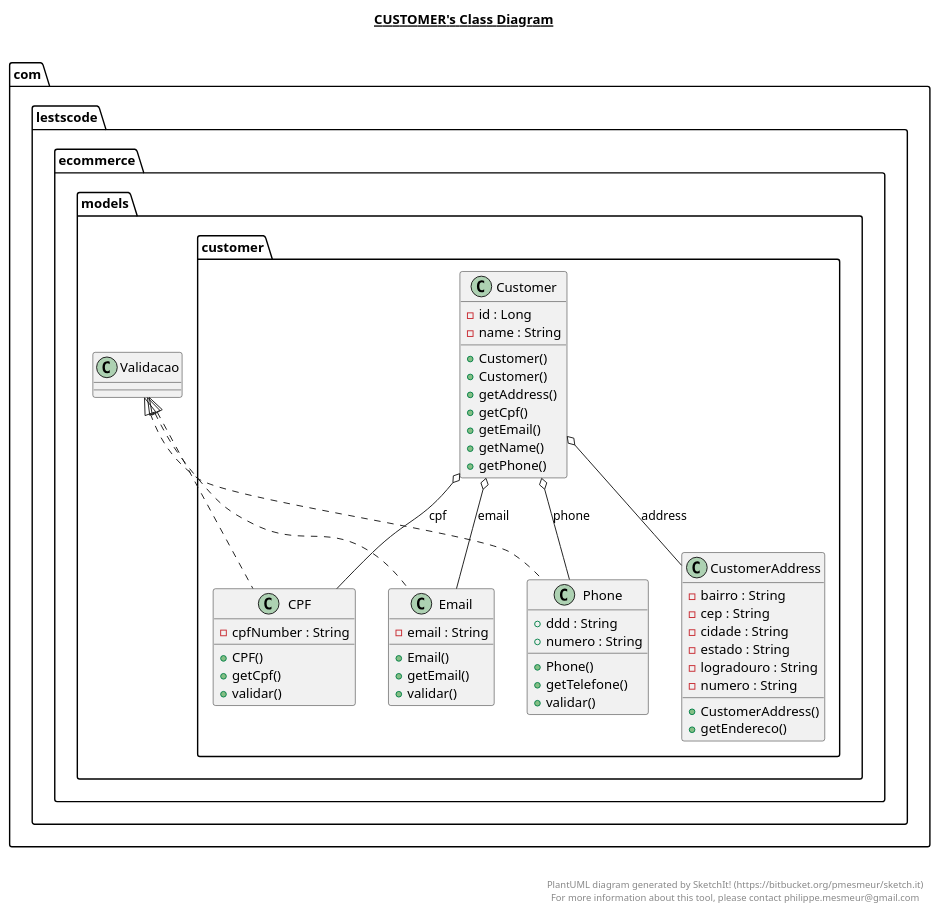
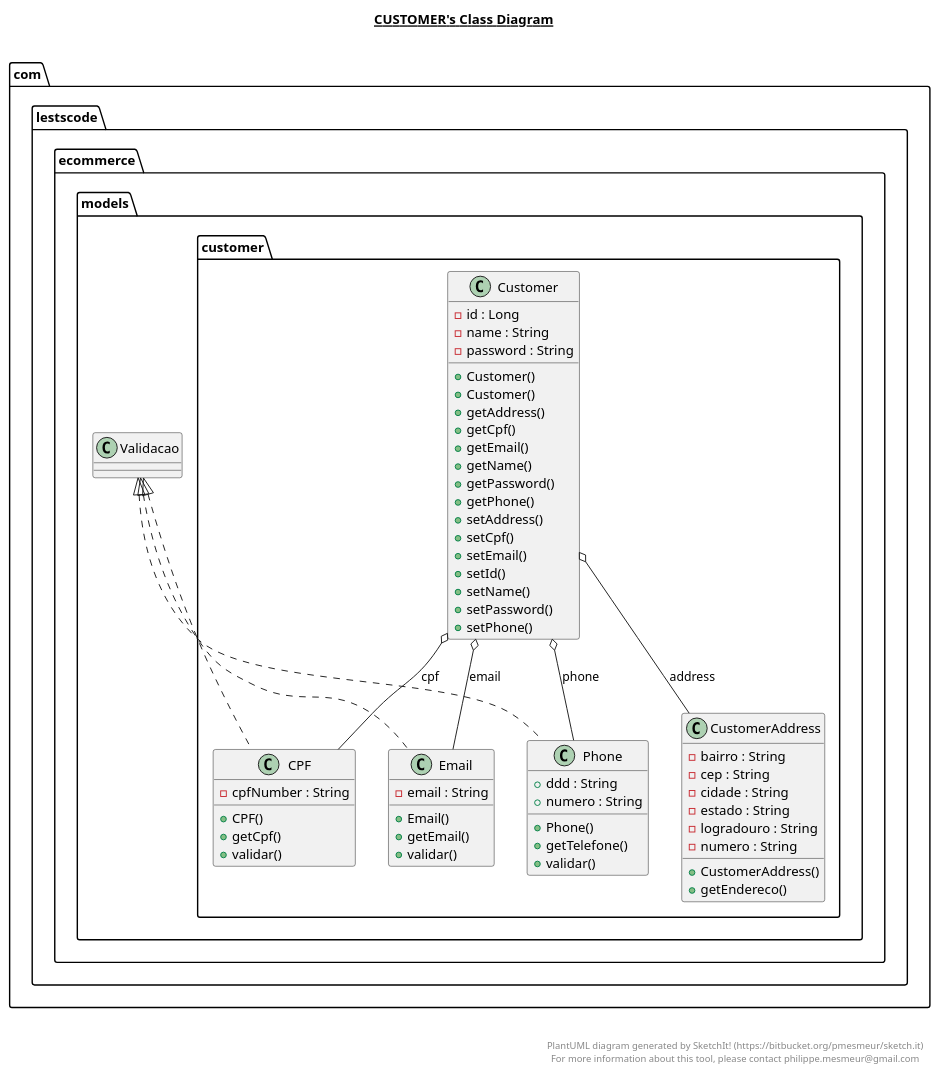
One commit to heyder48/ecommerce changed the diagram in src/main/java/com/lestscode/ecommerce/models/customer/customer.plantuml. Above: the diagram before and after it, drawn with PlantUML. The commit also changed 33 other files, not shown here.

```diff
--- a/src/main/java/com/lestscode/ecommerce/models/customer/customer.plantuml
+++ b/src/main/java/com/lestscode/ecommerce/models/customer/customer.plantuml
@@ -1,101 +1,110 @@
 @startuml
 
 title __CUSTOMER's Class Diagram__\n
 
   namespace com.lestscode.ecommerce {
     namespace models {
       namespace customer {
         class com.lestscode.ecommerce.models.customer.CPF {
             - cpfNumber : String
             + CPF()
             + getCpf()
             + validar()
         }
       }
     }
   }
   
 
   namespace com.lestscode.ecommerce {
     namespace models {
       namespace customer {
         class com.lestscode.ecommerce.models.customer.Customer {
             - id : Long
             - name : String
+            - password : String
             + Customer()
             + Customer()
             + getAddress()
             + getCpf()
             + getEmail()
             + getName()
+            + getPassword()
             + getPhone()
+            + setAddress()
+            + setCpf()
+            + setEmail()
+            + setId()
+            + setName()
+            + setPassword()
+            + setPhone()
         }
       }
     }
   }
   
 
   namespace com.lestscode.ecommerce {
     namespace models {
       namespace customer {
         class com.lestscode.ecommerce.models.customer.CustomerAddress {
             - bairro : String
             - cep : String
             - cidade : String
             - estado : String
             - logradouro : String
             - numero : String
             + CustomerAddress()
             + getEndereco()
         }
       }
     }
   }
   
 
   namespace com.lestscode.ecommerce {
     namespace models {
       namespace customer {
         class com.lestscode.ecommerce.models.customer.Email {
             - email : String
             + Email()
             + getEmail()
             + validar()
         }
       }
     }
   }
   
 
   namespace com.lestscode.ecommerce {
     namespace models {
       namespace customer {
         class com.lestscode.ecommerce.models.customer.Phone {
             + ddd : String
             + numero : String
             + Phone()
             + getTelefone()
             + validar()
         }
       }
     }
   }
   
 
   com.lestscode.ecommerce.models.customer.CPF .up.|> com.lestscode.ecommerce.models.Validacao
   com.lestscode.ecommerce.models.customer.Customer o-- com.lestscode.ecommerce.models.customer.CustomerAddress : address
   com.lestscode.ecommerce.models.customer.Customer o-- com.lestscode.ecommerce.models.customer.CPF : cpf
   com.lestscode.ecommerce.models.customer.Customer o-- com.lestscode.ecommerce.models.customer.Email : email
   com.lestscode.ecommerce.models.customer.Customer o-- com.lestscode.ecommerce.models.customer.Phone : phone
   com.lestscode.ecommerce.models.customer.Email .up.|> com.lestscode.ecommerce.models.Validacao
   com.lestscode.ecommerce.models.customer.Phone .up.|> com.lestscode.ecommerce.models.Validacao
 
 
 right footer
 
 
 PlantUML diagram generated by SketchIt! (https://bitbucket.org/pmesmeur/sketch.it)
 For more information about this tool, please contact philippe.mesmeur@gmail.com
 endfooter
 
 @enduml
```
